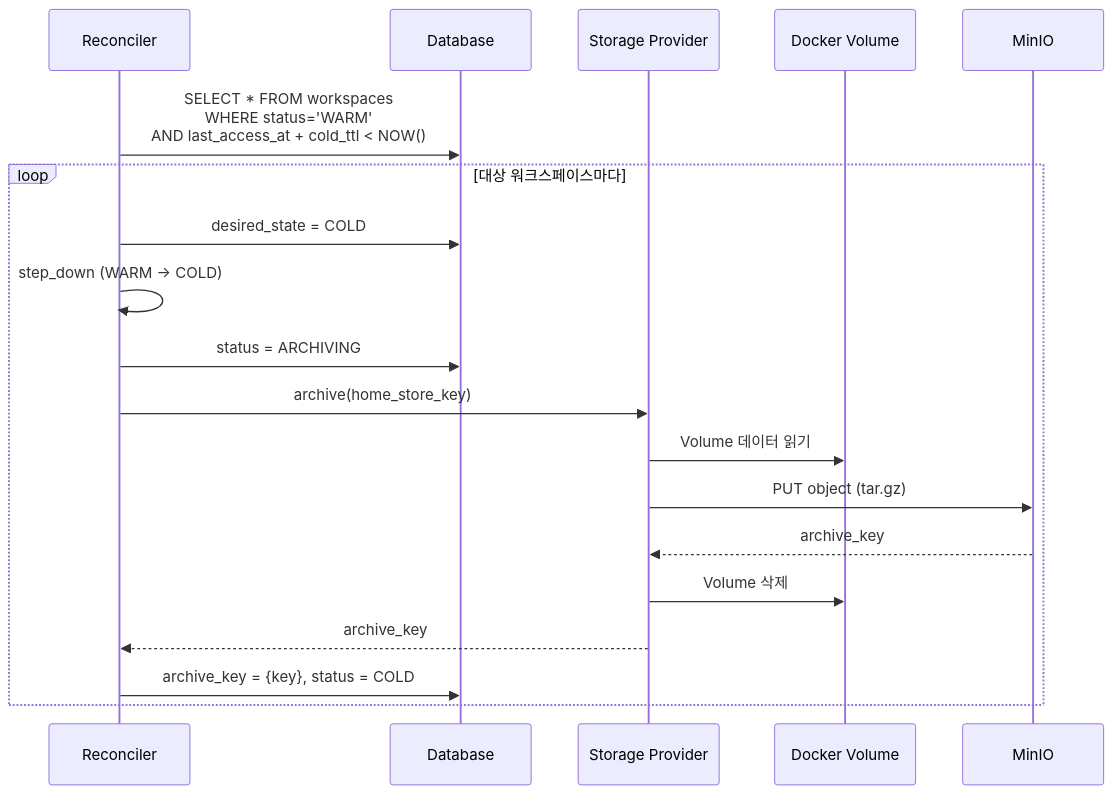
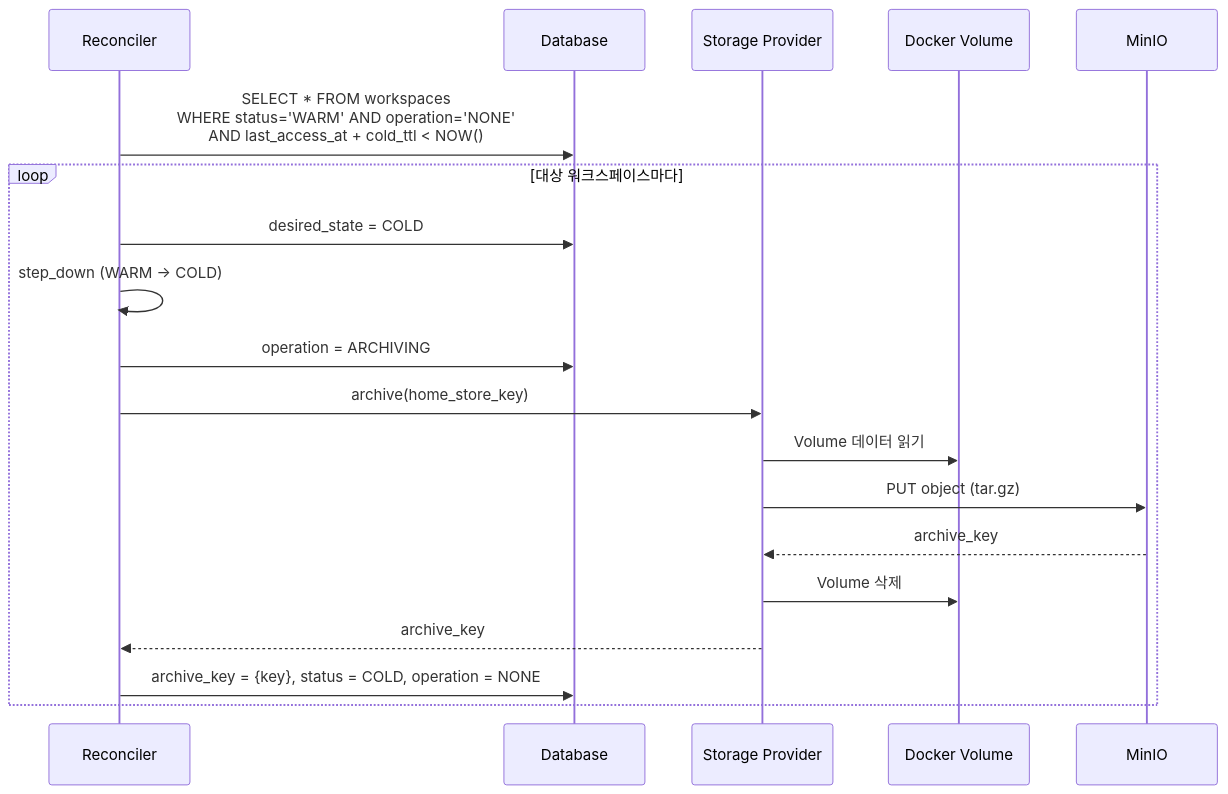
One commit to cagojeiger/code-hub changed the fourth of 10 diagrams in docs/spec_v2/flows.md. Above: the diagram before and after it, drawn with Mermaid. The commit also changed other lines of this file and 4 other files, not shown here.

First line of the commit message:
docs(adr): add ADR-009 for status + operation separation

````diff
--- a/docs/spec_v2/flows.md
+++ b/docs/spec_v2/flows.md
@@ -141,23 +142,23 @@
 ```mermaid
 sequenceDiagram
     participant R as Reconciler
     participant DB as Database
     participant S as Storage Provider
     participant V as Docker Volume
     participant M as MinIO
 
-    R->>DB: SELECT * FROM workspaces<br/>WHERE status='WARM'<br/>AND last_access_at + cold_ttl < NOW()
+    R->>DB: SELECT * FROM workspaces<br/>WHERE status='WARM' AND operation='NONE'<br/>AND last_access_at + cold_ttl < NOW()
 
     loop 대상 워크스페이스마다
         R->>DB: desired_state = COLD
         R->>R: step_down (WARM → COLD)
-        R->>DB: status = ARCHIVING
+        R->>DB: operation = ARCHIVING
         R->>S: archive(home_store_key)
         S->>V: Volume 데이터 읽기
         S->>M: PUT object (tar.gz)
         M-->>S: archive_key
         S->>V: Volume 삭제
         S-->>R: archive_key
-        R->>DB: archive_key = {key}, status = COLD
+        R->>DB: archive_key = {key}, status = COLD, operation = NONE
     end
 ```
````
